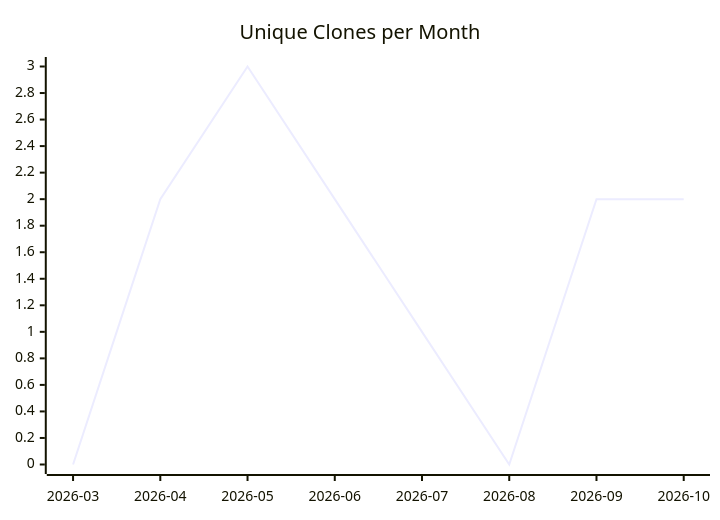
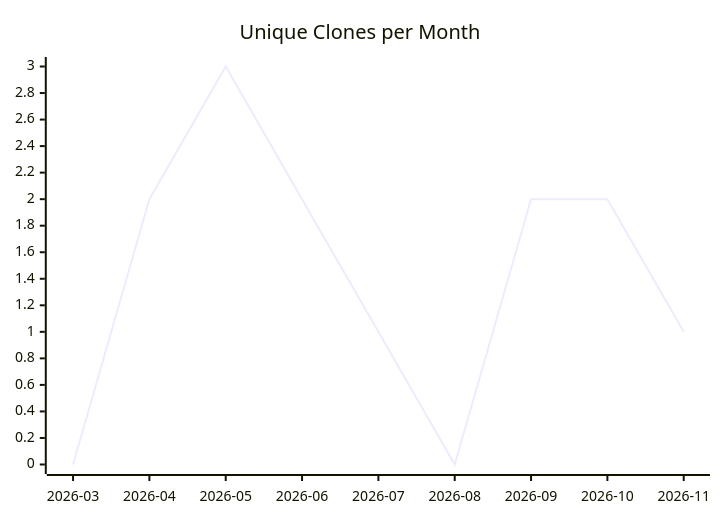
The third of 3 diagrams in karlmdavis/ldap-plugin/README.md (justdavis-family/github-analytics-data), drawn with Mermaid before and after one commit. The commit also changed other lines of this file and 201 other files, not shown here.

````diff
--- a/karlmdavis/ldap-plugin/README.md
+++ b/karlmdavis/ldap-plugin/README.md
@@ -19,6 +19,6 @@
 ```mermaid
 xychart-beta
   title "Unique Clones per Month"
-  x-axis ["2026-03", "2026-04", "2026-05", "2026-06", "2026-07", "2026-08", "2026-09", "2026-10"]
-  line [0, 2, 3, 2, 1, 0, 2, 2]
+  x-axis ["2026-03", "2026-04", "2026-05", "2026-06", "2026-07", "2026-08", "2026-09", "2026-10", "2026-11"]
+  line [0, 2, 3, 2, 1, 0, 2, 2, 1]
 ```
````
